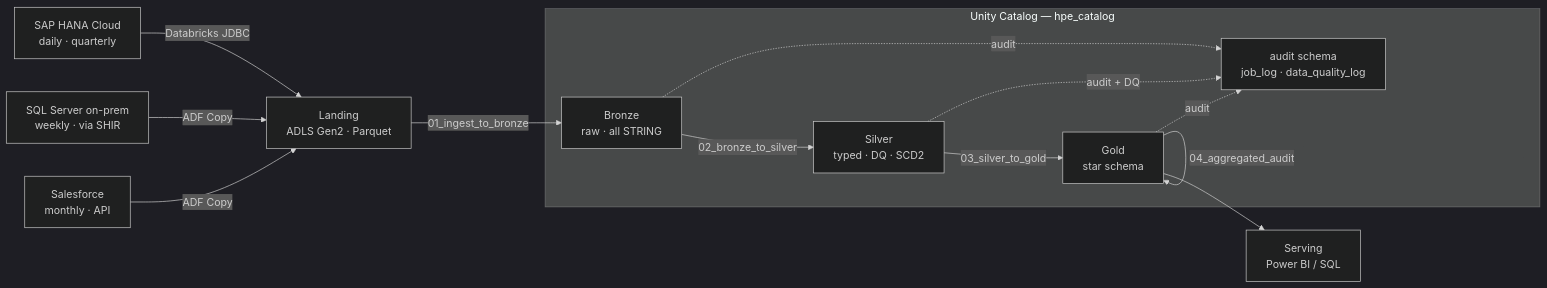
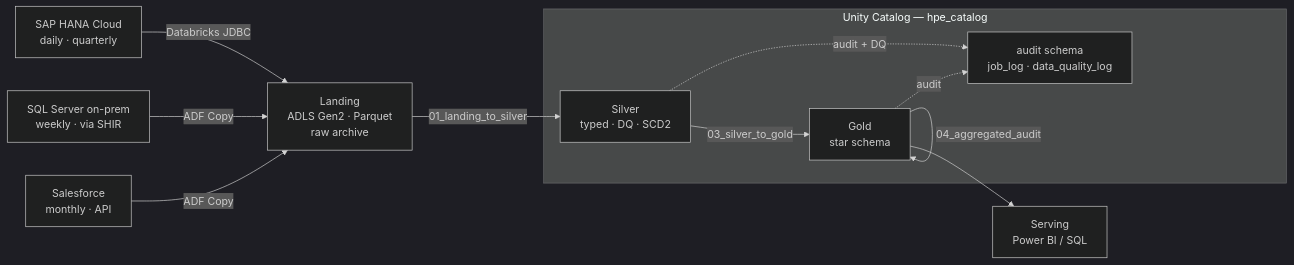
The diagram in README.md (vinayaksdesai777/azure-forecast-project), drawn with Mermaid (dark theme) before and after one commit. The commit also changed other lines of this file and 5 other files, not shown here.

````diff
--- a/README.md
+++ b/README.md
@@ -24,34 +24,30 @@
 ```mermaid
 flowchart LR
     HANA["SAP HANA Cloud<br/>daily · quarterly"]
     MSSQL["SQL Server on-prem<br/>weekly · via SHIR"]
     SFDC["Salesforce<br/>monthly · API"]
 
-    LND["Landing<br/>ADLS Gen2 · Parquet"]
-    BRZ["Bronze<br/>raw · all STRING"]
+    LND["Landing<br/>ADLS Gen2 · Parquet<br/>raw archive"]
     SLV["Silver<br/>typed · DQ · SCD2"]
     GLD["Gold<br/>star schema"]
     AUD["audit schema<br/>job_log · data_quality_log"]
     BI["Serving<br/>Power BI / SQL"]
 
     HANA -->|Databricks JDBC| LND
     MSSQL -->|ADF Copy| LND
     SFDC -->|ADF Copy| LND
 
-    LND -->|01_ingest_to_bronze| BRZ
-    BRZ -->|02_bronze_to_silver| SLV
+    LND -->|01_landing_to_silver| SLV
     SLV -->|03_silver_to_gold| GLD
     GLD -->|04_aggregated_audit| GLD
     GLD --> BI
 
-    BRZ -.audit.-> AUD
     SLV -.audit + DQ.-> AUD
     GLD -.audit.-> AUD
 
     subgraph UC ["Unity Catalog — hpe_catalog"]
-        BRZ
         SLV
         GLD
         AUD
     end
 ```
````
